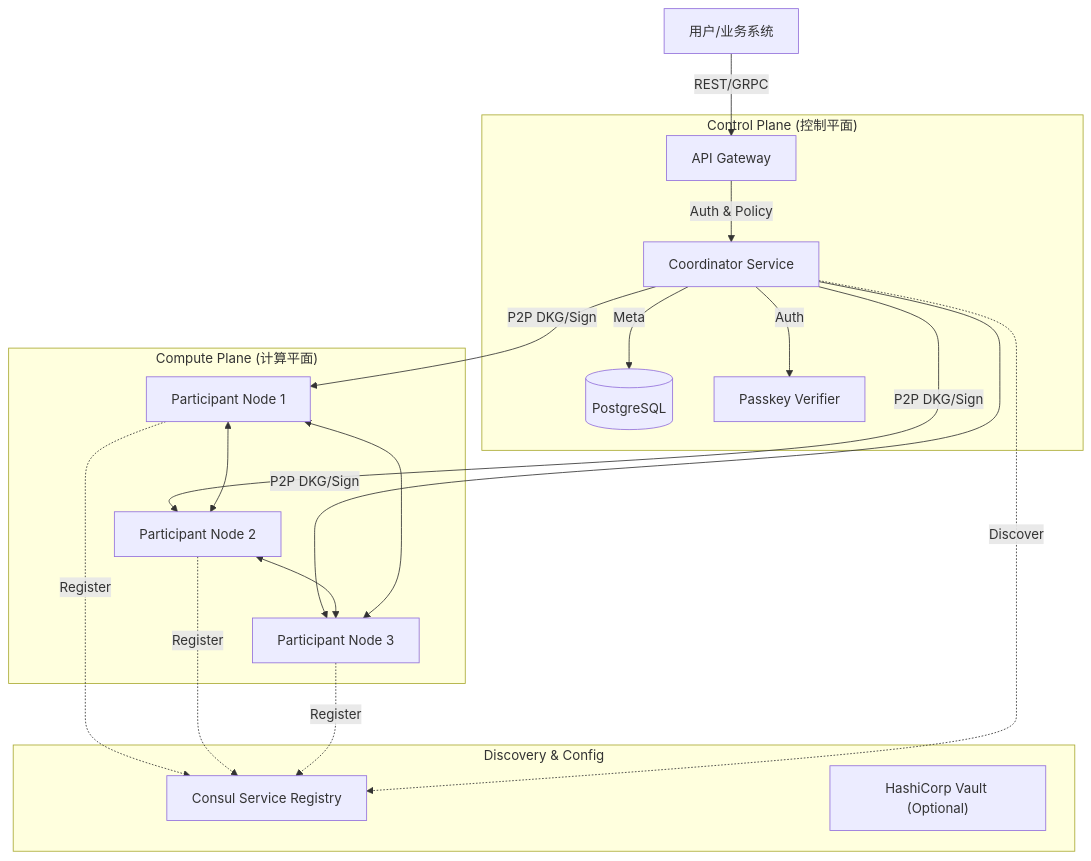
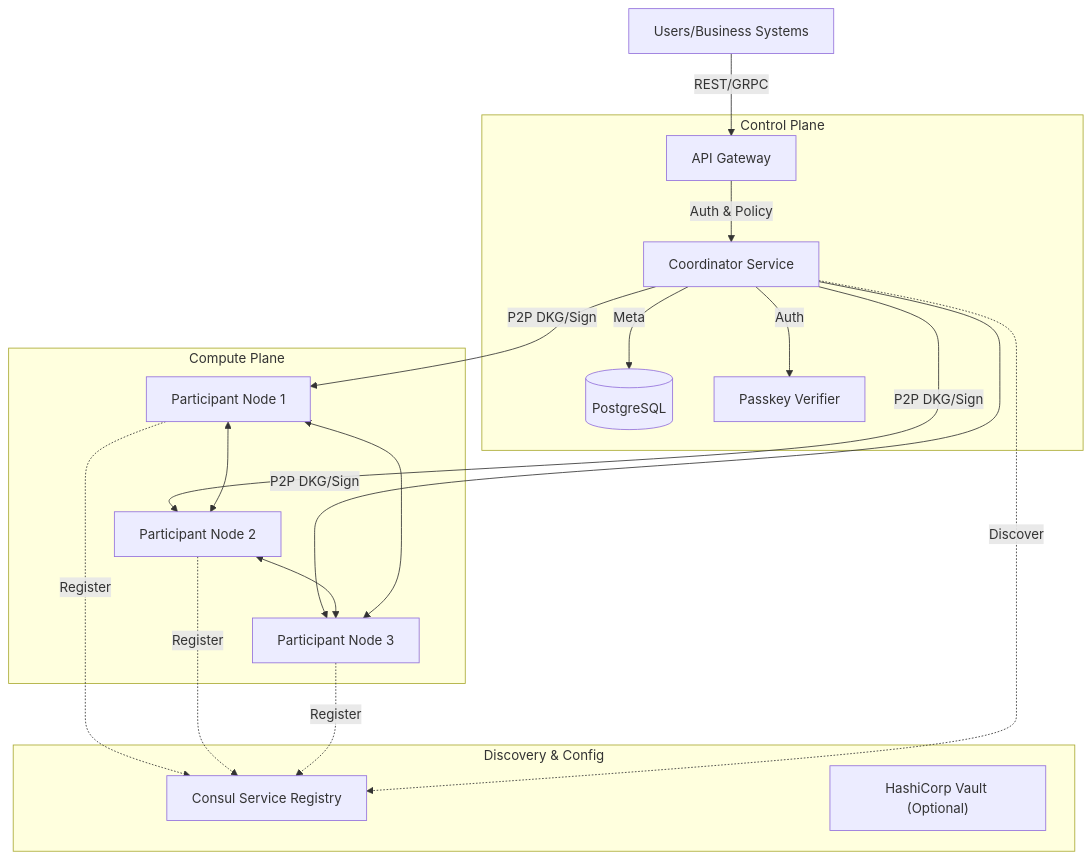
Before and after one commit to SafeMPC/mpc-service: the diagram in README.md, drawn with Mermaid. The commit also changed other lines of this file, not shown here.

````diff
--- a/README.md
+++ b/README.md
@@ -41,30 +41,30 @@
 ```mermaid
 graph TD
-    User[用户/业务系统] -->|REST/GRPC| Gateway[API Gateway]
+    User[Users/Business Systems] -->|REST/GRPC| Gateway[API Gateway]
     
-    subgraph "Control Plane (控制平面)"
+    subgraph "Control Plane"
         Gateway -->|Auth & Policy| Coordinator[Coordinator Service]
         Coordinator -->|Meta| DB[(PostgreSQL)]
         Coordinator -->|Auth| WebAuthn[Passkey Verifier]
     end
     
-    subgraph "Compute Plane (计算平面)"
+    subgraph "Compute Plane"
         Coordinator -->|P2P DKG/Sign| P1[Participant Node 1]
         Coordinator -->|P2P DKG/Sign| P2[Participant Node 2]
         Coordinator -->|P2P DKG/Sign| P3[Participant Node 3]
         
         P1 <--> P2
         P2 <--> P3
         P1 <--> P3
     end
     
     subgraph "Discovery & Config"
         Consul[Consul Service Registry]
         Vault["HashiCorp Vault (Optional)"]
     end
     
     P1 -.->|Register| Consul
     P2 -.->|Register| Consul
     P3 -.->|Register| Consul
     Coordinator -.->|Discover| Consul
 ```
````
